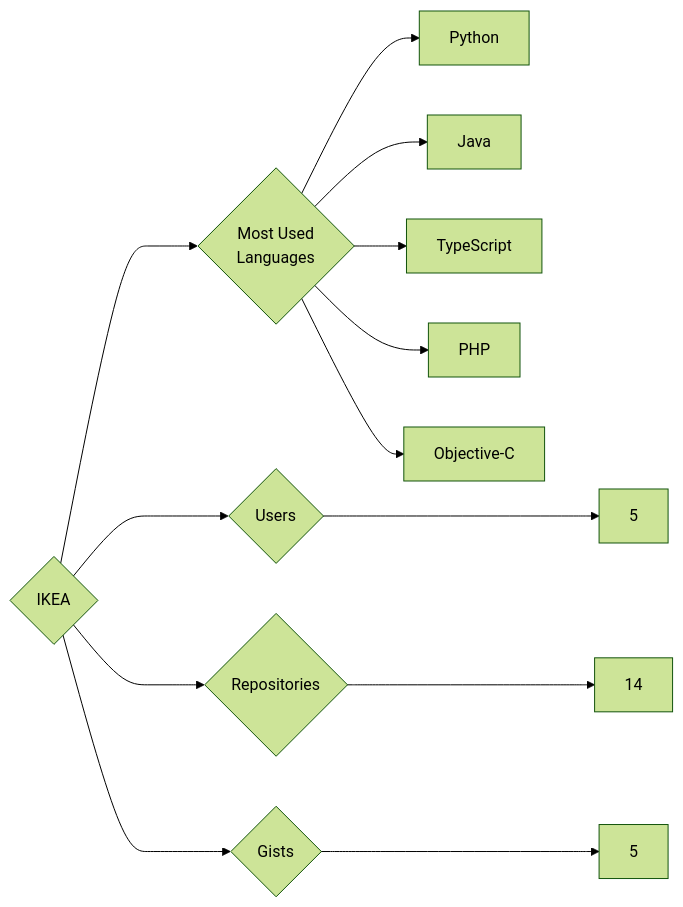
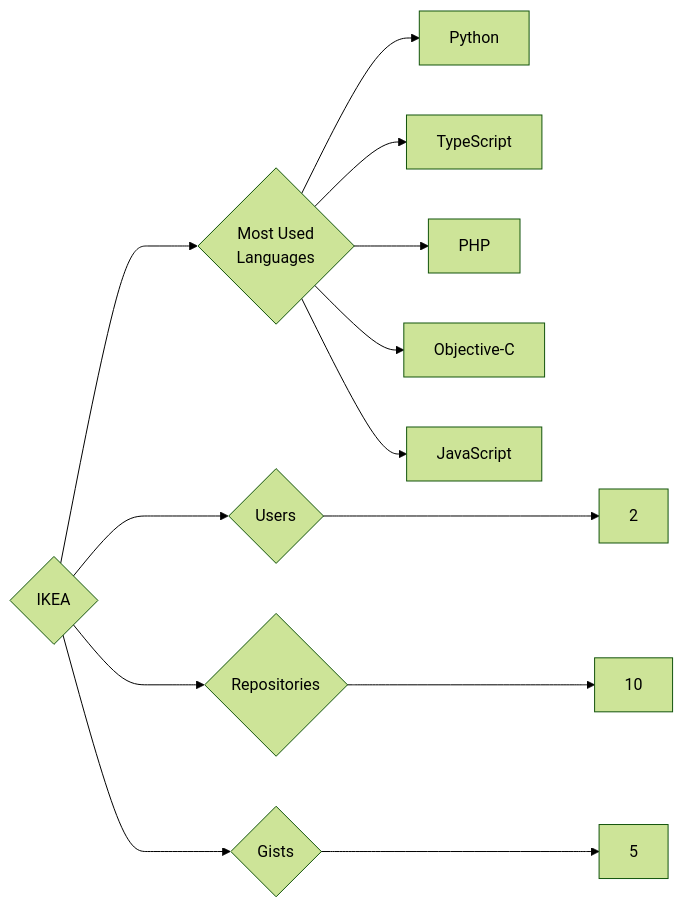
The diagram in targets/IKEA/README.md (trickest/insiders), drawn with Mermaid (forest theme) before and after one commit. The commit also changed 1078 other files, not shown here.

````diff
--- a/targets/IKEA/README.md
+++ b/targets/IKEA/README.md
@@ -3,13 +3,13 @@
 ```mermaid
 graph LR
 COMPANY_NAME{IKEA}
-COMPANY_NAME ---> U{Users} ---> UN[5]
-COMPANY_NAME ---> R{Repositories} ---> RN[14]
+COMPANY_NAME ---> U{Users} ---> UN[2]
+COMPANY_NAME ---> R{Repositories} ---> RN[10]
 COMPANY_NAME ---> G{Gists} ---> GN[5]
 COMPANY_NAME ---> ML{Most Used<br>Languages}
 ML --> Python[Python]
-ML --> Java[Java]
 ML --> TypeScript[TypeScript]
 ML --> PHP[PHP]
 ML --> Objective-C[Objective-C]
+ML --> JavaScript[JavaScript]
 ```
````
